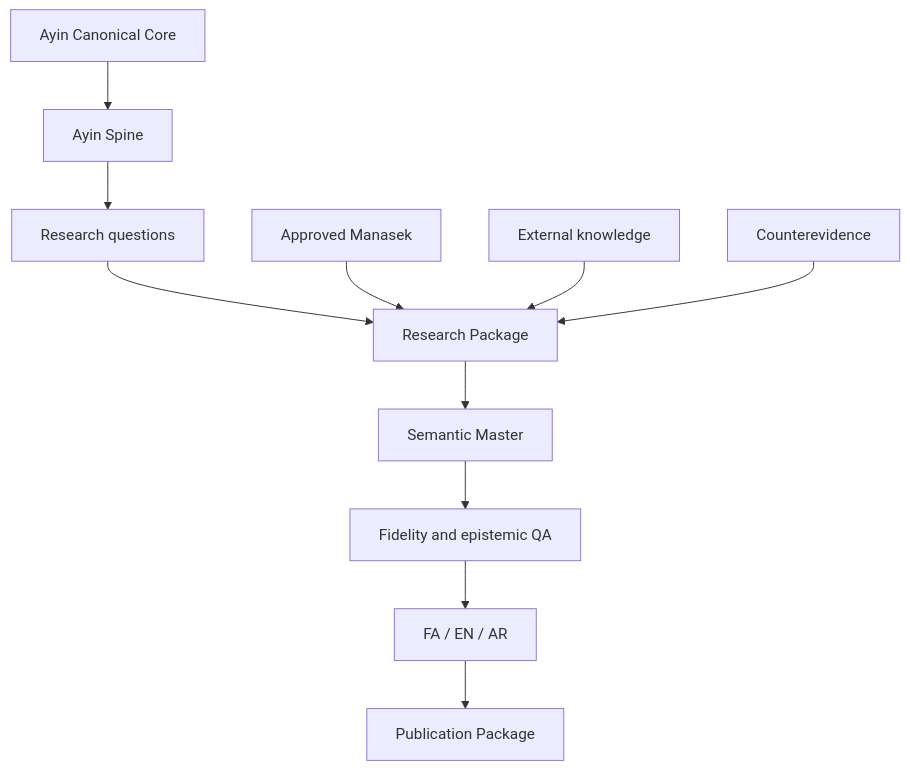
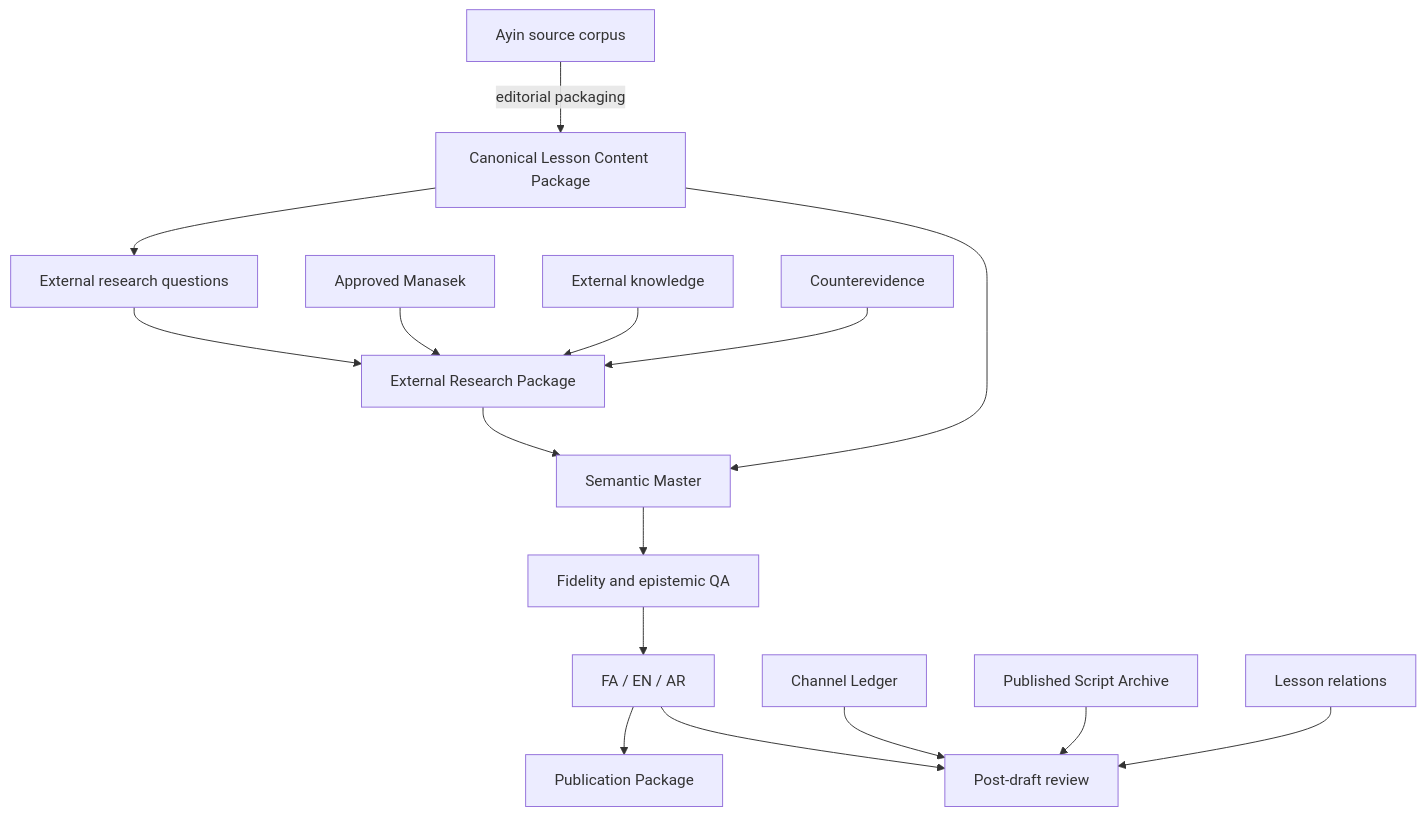
One commit to Ferid1088/emtedad changed the first of 3 diagrams in docs/architecture/SYSTEM_ARCHITECTURE.md. Above: the diagram before and after it, drawn with Mermaid. The commit also changed other lines of this file and 47 other files, not shown here.

Commit message:
feat: update UI for canonical lesson workflow

````diff
--- a/docs/architecture/SYSTEM_ARCHITECTURE.md
+++ b/docs/architecture/SYSTEM_ARCHITECTURE.md
@@ -19,13 +19,18 @@
 ```mermaid
 flowchart TD
-    A["Ayin Canonical Core"] --> B["Ayin Spine"]
-    B --> C["Research questions"]
-    C --> D["Research Package"]
+    A["Ayin source corpus"] -->|editorial packaging| B["Canonical Lesson Content Package"]
+    B --> C["External research questions"]
+    C --> D["External Research Package"]
     M["Approved Manasek"] --> D
     E["External knowledge"] --> D
     X["Counterevidence"] --> D
-    D --> S["Semantic Master"]
+    B --> S["Semantic Master"]
+    D --> S
     S --> Q["Fidelity and epistemic QA"]
     Q --> L["FA / EN / AR"]
     L --> P["Publication Package"]
+    G["Channel Ledger"] --> R["Post-draft review"]
+    H["Published Script Archive"] --> R
+    J["Lesson relations"] --> R
+    L --> R
 ```
````
